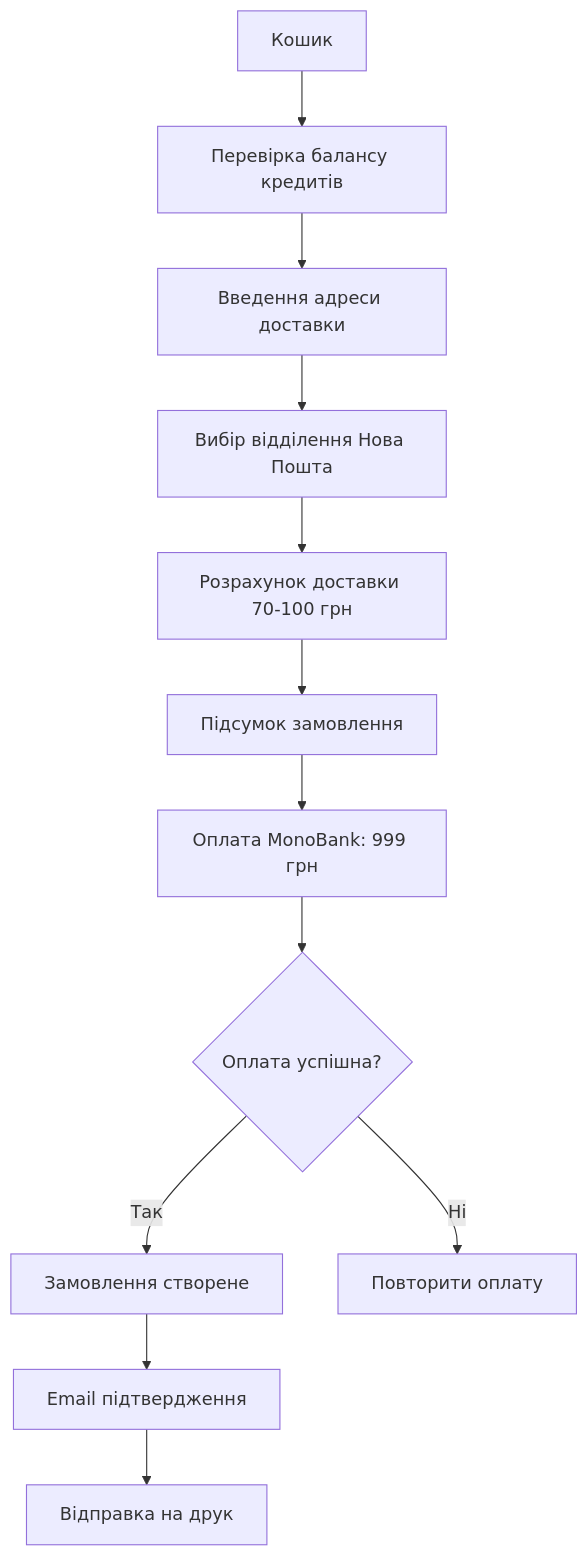
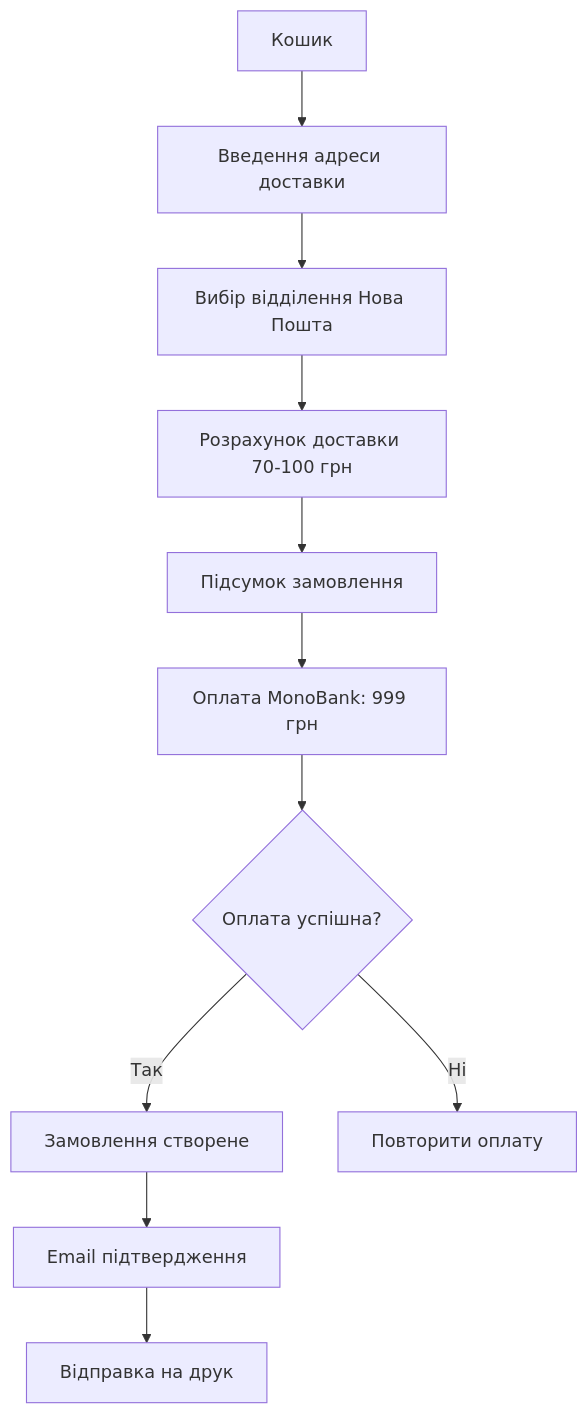
One commit to chernikov/Calendary changed the third of 4 diagrams in docs/credits-monetization-system.md. Above: the diagram before and after it, drawn with Mermaid. The commit also changed other lines of this file, not shown here.

First line of the commit message:
docs: оновлено систему кредитів - курс $1 = 50 кредитів

````diff
--- a/docs/credits-monetization-system.md
+++ b/docs/credits-monetization-system.md
@@ -344,14 +385,13 @@
 ```mermaid
 graph TD
-    A[Кошик] --> B[Перевірка балансу кредитів]
-    B --> C[Введення адреси доставки]
-    C --> D[Вибір відділення Нова Пошта]
-    D --> E[Розрахунок доставки 70-100 грн]
-    E --> F[Підсумок замовлення]
-    F --> G[Оплата MonoBank: 999 грн]
-    G --> H{Оплата успішна?}
-    H -->|Так| I[Замовлення створене]
-    H -->|Ні| J[Повторити оплату]
-    I --> K[Email підтвердження]
-    K --> L[Відправка на друк]
+    A[Кошик] --> B[Введення адреси доставки]
+    B --> C[Вибір відділення Нова Пошта]
+    C --> D[Розрахунок доставки 70-100 грн]
+    D --> E[Підсумок замовлення]
+    E --> F[Оплата MonoBank: 999 грн]
+    F --> G{Оплата успішна?}
+    G -->|Так| H[Замовлення створене]
+    G -->|Ні| I[Повторити оплату]
+    H --> J[Email підтвердження]
+    J --> K[Відправка на друк]
 ```
````
